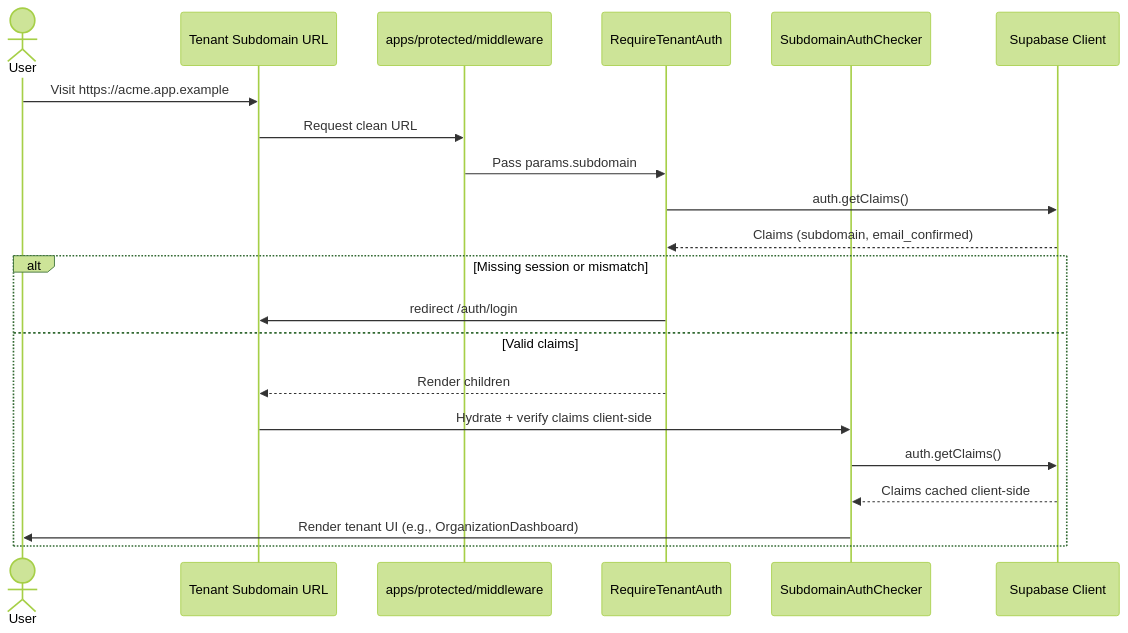
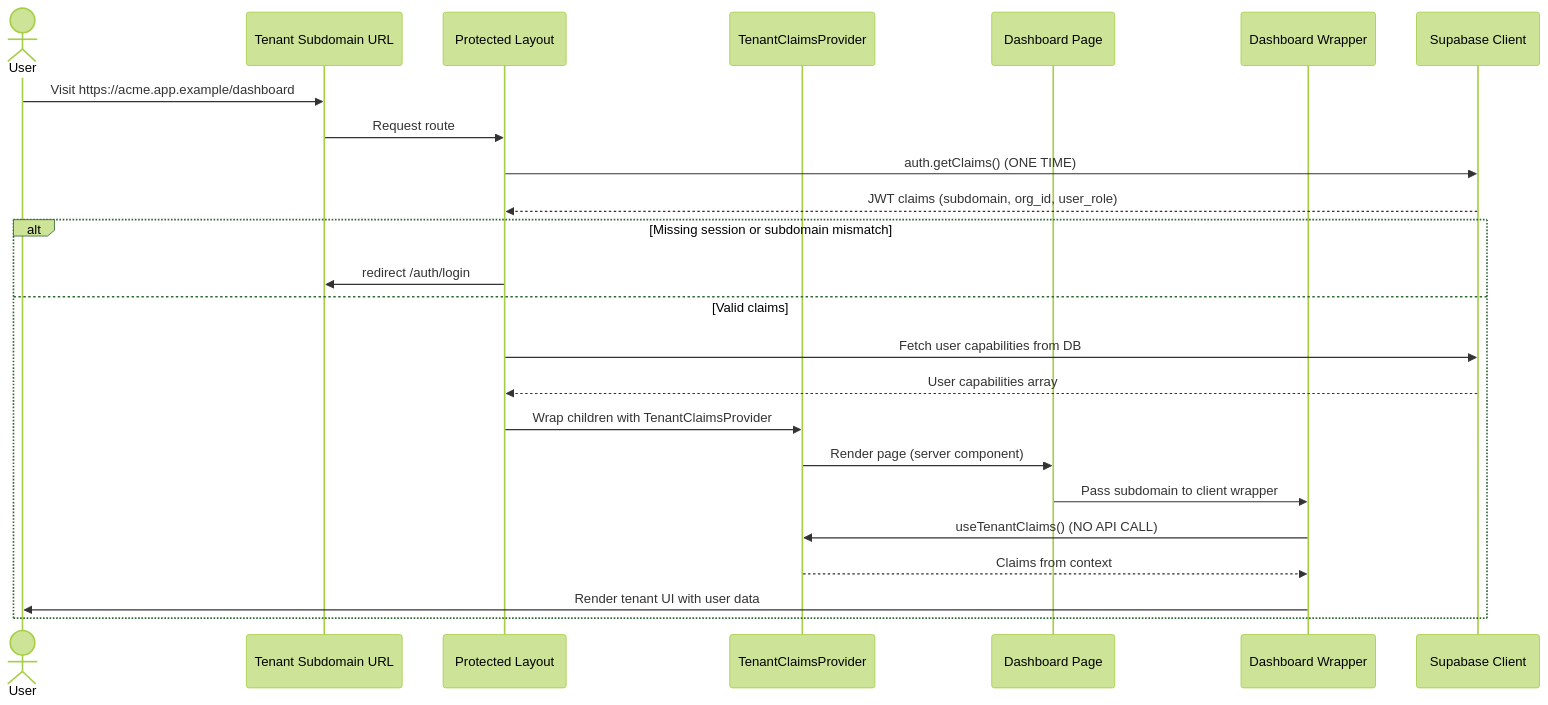
Before and after one commit to steve-piece/subdomain-isolated-turborepo: the third of 3 diagrams in docs/auth-flow.md, drawn with Mermaid (forest theme). The commit also changed other lines of this file and 175 other files, not shown here.

First line of the commit message:
chore: remove obsolete files and enhance authentication flow

````diff
--- a/docs/auth-flow.md
+++ b/docs/auth-flow.md
@@ -83,24 +84,28 @@
 ```mermaid
 sequenceDiagram
   actor User
   participant Browser as Tenant Subdomain URL
-  participant Middleware as apps/protected/middleware
-  participant RequireAuth as RequireTenantAuth
-  participant ClientGuard as SubdomainAuthChecker
+  participant Layout as Protected Layout
+  participant Context as TenantClaimsProvider
+  participant Page as Dashboard Page
+  participant Wrapper as Dashboard Wrapper
   participant SupabaseJS as Supabase Client
 
-  User->>Browser: Visit https://acme.app.example
-  Browser->>Middleware: Request clean URL
-  Middleware->>RequireAuth: Pass params.subdomain
-  RequireAuth->>SupabaseJS: auth.getClaims()
-  SupabaseJS-->>RequireAuth: Claims (subdomain, email_confirmed)
-  alt Missing session or mismatch
-    RequireAuth->>Browser: redirect /auth/login
+  User->>Browser: Visit https://acme.app.example/dashboard
+  Browser->>Layout: Request route
+  Layout->>SupabaseJS: auth.getClaims() (ONE TIME)
+  SupabaseJS-->>Layout: JWT claims (subdomain, org_id, user_role)
+
+  alt Missing session or subdomain mismatch
+    Layout->>Browser: redirect /auth/login
   else Valid claims
-    RequireAuth-->>Browser: Render children
-    Browser->>ClientGuard: Hydrate + verify claims client-side
-    ClientGuard->>SupabaseJS: auth.getClaims()
-    SupabaseJS-->>ClientGuard: Claims cached client-side
-    ClientGuard->>User: Render tenant UI (e.g., OrganizationDashboard)
+    Layout->>SupabaseJS: Fetch user capabilities from DB
+    SupabaseJS-->>Layout: User capabilities array
+    Layout->>Context: Wrap children with TenantClaimsProvider
+    Context->>Page: Render page (server component)
+    Page->>Wrapper: Pass subdomain to client wrapper
+    Wrapper->>Context: useTenantClaims() (NO API CALL)
+    Context-->>Wrapper: Claims from context
+    Wrapper->>User: Render tenant UI with user data
   end
 ```
````
